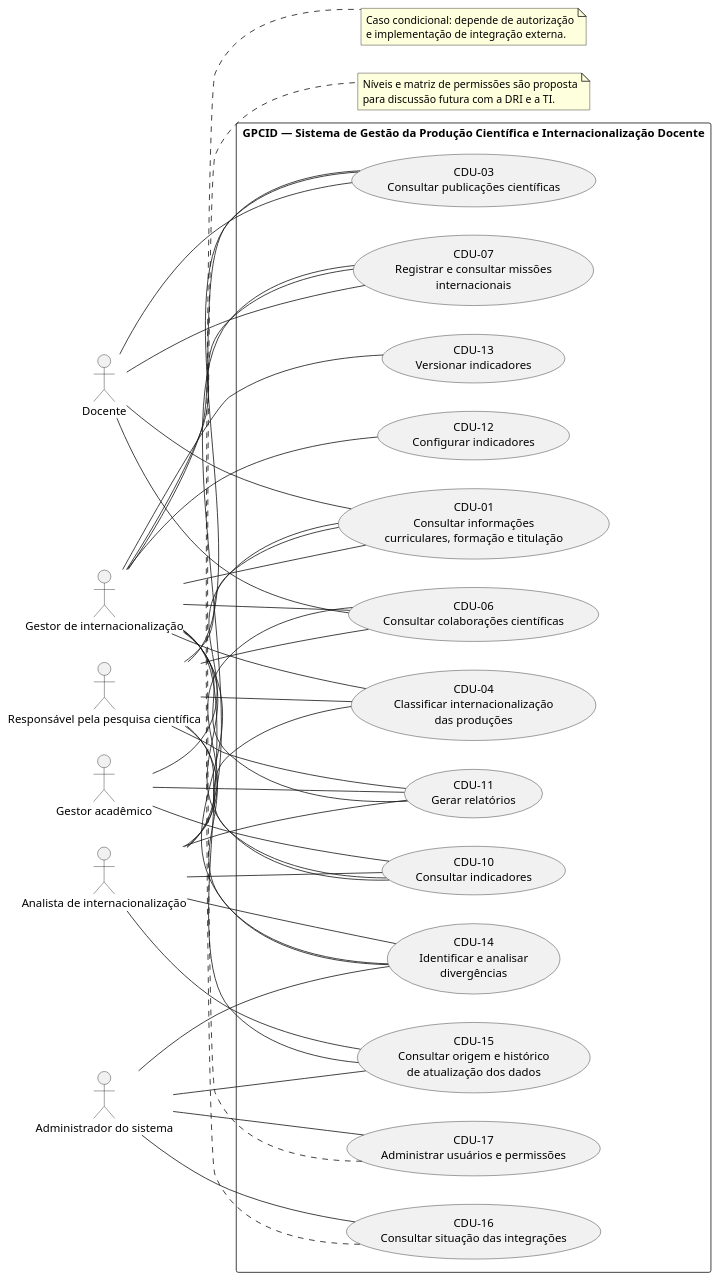
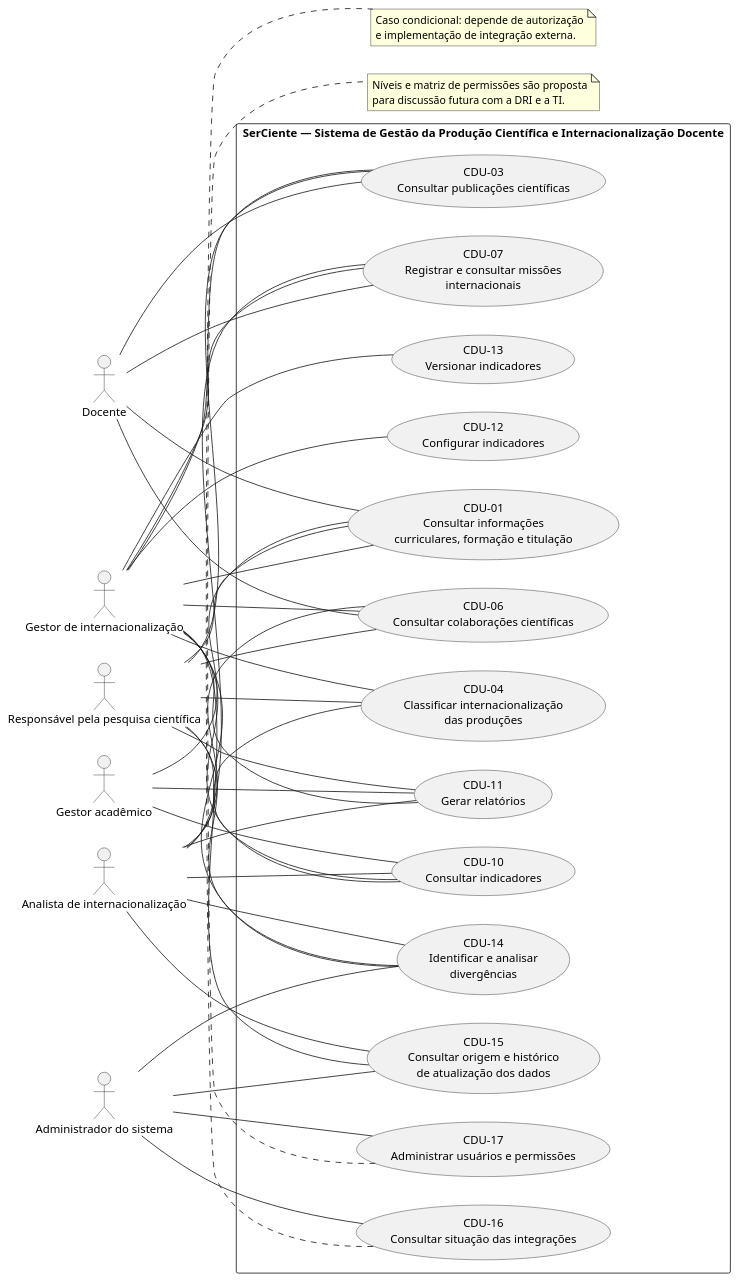
The diagram in Doc/Diagrama de Casos de Uso.puml (PseudoQuimera/requisitos-2026-02-Equipe3), drawn with PlantUML before and after one commit. The commit also changed 2 other files, not shown here.

Commit message:
Renomeação de projeto de GPCID para SerCiente

```diff
--- a/Doc/Diagrama de Casos de Uso.puml
+++ b/Doc/Diagrama de Casos de Uso.puml
@@ -1,72 +1,72 @@
 @startuml
 left to right direction
 skinparam packageStyle rectangle
 skinparam shadowing false
 
 actor "Docente" as AT01
 actor "Gestor de internacionalização" as AT02
 actor "Analista de internacionalização" as AT03
 actor "Responsável pela pesquisa científica" as AT04
 actor "Administrador do sistema" as AT05
 actor "Gestor acadêmico" as AT06
 
-rectangle "GPCID — Sistema de Gestão da Produção Científica e Internacionalização Docente" {
+rectangle "SerCiente — Sistema de Gestão da Produção Científica e Internacionalização Docente" {
   usecase "CDU-01\nConsultar informações\ncurriculares, formação e titulação" as CDU01
   usecase "CDU-03\nConsultar publicações científicas" as CDU03
   usecase "CDU-04\nClassificar internacionalização\ndas produções" as CDU04
   usecase "CDU-06\nConsultar colaborações científicas" as CDU06
   usecase "CDU-07\nRegistrar e consultar missões\ninternacionais" as CDU07
   usecase "CDU-10\nConsultar indicadores" as CDU10
   usecase "CDU-11\nGerar relatórios" as CDU11
   usecase "CDU-12\nConfigurar indicadores" as CDU12
   usecase "CDU-13\nVersionar indicadores" as CDU13
   usecase "CDU-14\nIdentificar e analisar\ndivergências" as CDU14
   usecase "CDU-15\nConsultar origem e histórico\nde atualização dos dados" as CDU15
   usecase "CDU-16\nConsultar situação das integrações" as CDU16
   usecase "CDU-17\nAdministrar usuários e permissões" as CDU17
 }
 AT01 -- CDU01
 AT02 -- CDU01
 AT04 -- CDU01
 AT06 -- CDU01
 AT01 -- CDU03
 AT02 -- CDU03
 AT04 -- CDU03
 AT02 -- CDU04
 AT03 -- CDU04
 AT04 -- CDU04
 AT01 -- CDU06
 AT02 -- CDU06
 AT03 -- CDU06
 AT04 -- CDU06
 AT01 -- CDU07
 AT02 -- CDU07
 AT03 -- CDU07
 AT02 -- CDU10
 AT03 -- CDU10
 AT04 -- CDU10
 AT06 -- CDU10
 AT02 -- CDU11
 AT03 -- CDU11
 AT04 -- CDU11
 AT06 -- CDU11
 AT02 -- CDU12
 AT02 -- CDU13
 AT02 -- CDU14
 AT03 -- CDU14
 AT04 -- CDU14
 AT05 -- CDU14
 AT02 -- CDU15
 AT03 -- CDU15
 AT05 -- CDU15
 AT05 -- CDU16
 AT05 -- CDU17
 note bottom of CDU16
   Caso condicional: depende de autorização
   e implementação de integração externa.
 end note
 note bottom of CDU17
   Níveis e matriz de permissões são proposta
   para discussão futura com a DRI e a TI.
 end note
 @enduml
```
